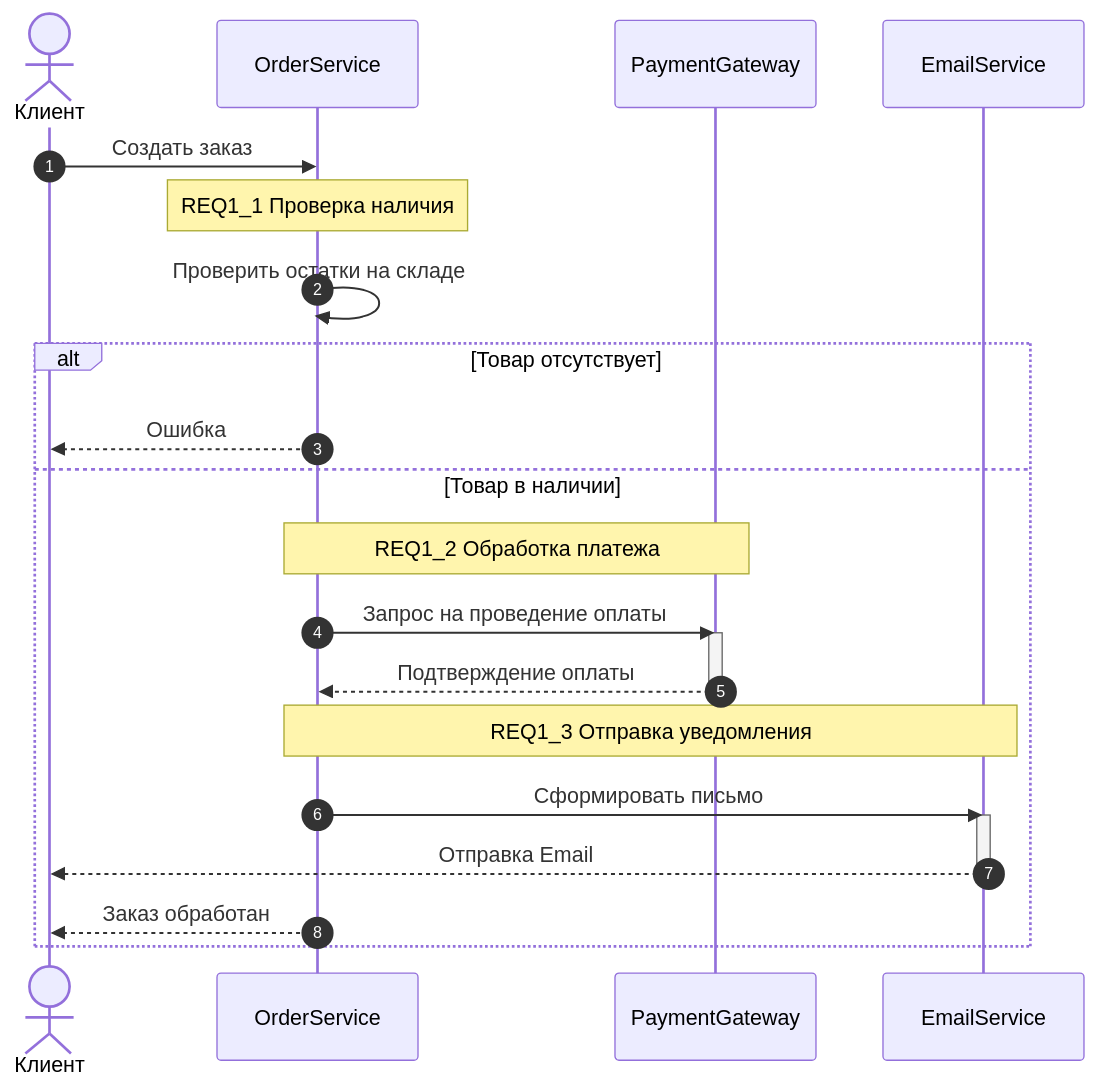
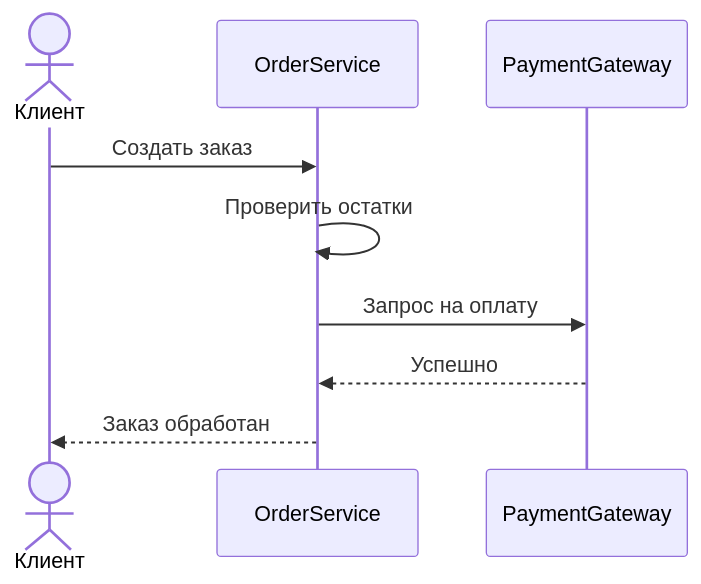
The fourth of 4 diagrams in README.md (nikitaOsipof/TP), drawn with Mermaid before and after one commit. The commit also changed other lines of this file, not shown here.

````diff
--- a/README.md
+++ b/README.md
@@ -138,31 +87,12 @@
 ```mermaid
 sequenceDiagram
-    autonumber
     actor Client as Клиент
     participant OS as OrderService
     participant PG as PaymentGateway
-    participant ES as EmailService
 
     Client->>OS: Создать заказ
-    
-    Note over OS: REQ1_1 Проверка наличия
-    OS->>OS: Проверить остатки на складе
-    
-    alt Товар отсутствует
-        OS-->>Client: Ошибка
-    else Товар в наличии
-        Note over OS,PG: REQ1_2 Обработка платежа
-        OS->>PG: Запрос на проведение оплаты
-        activate PG
-        PG-->>OS: Подтверждение оплаты
-        deactivate PG
-        
-        Note over OS,ES: REQ1_3 Отправка уведомления
-        OS->>ES: Сформировать письмо
-        activate ES
-        ES-->>Client: Отправка Email
-        deactivate ES
-        
-        OS-->>Client: Заказ обработан
-    end
+    OS->>OS: Проверить остатки
+    OS->>PG: Запрос на оплату
+    PG-->>OS: Успешно
+    OS-->>Client: Заказ обработан
 ```
````
